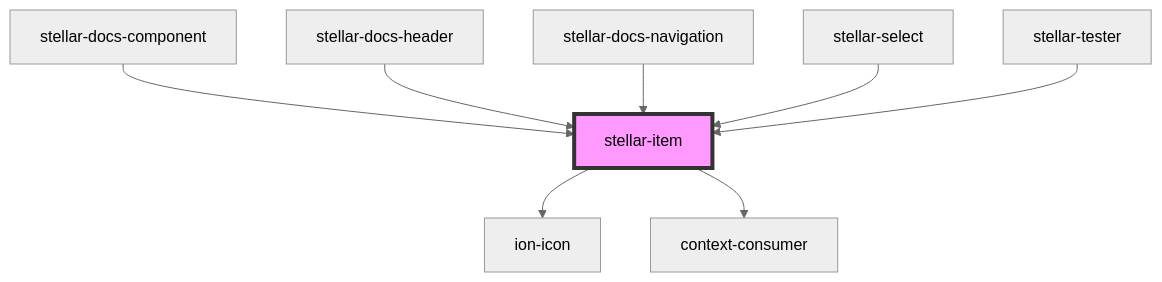
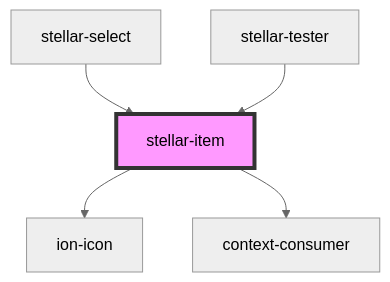
One commit to splitinfinities/Stellar changed the diagram in src/components/forms/item/readme.md. Above: the diagram before and after it, drawn with Mermaid (neutral theme). The commit also changed other lines of this file and 58 other files, not shown here.

````diff
--- a/src/components/forms/item/readme.md
+++ b/src/components/forms/item/readme.md
@@ -102,11 +99,8 @@
 ```mermaid
 graph TD;
   stellar-item --> ion-icon
   stellar-item --> context-consumer
-  stellar-docs-component --> stellar-item
-  stellar-docs-header --> stellar-item
-  stellar-docs-navigation --> stellar-item
   stellar-select --> stellar-item
   stellar-tester --> stellar-item
   style stellar-item fill:#f9f,stroke:#333,stroke-width:4px
 ```
````
